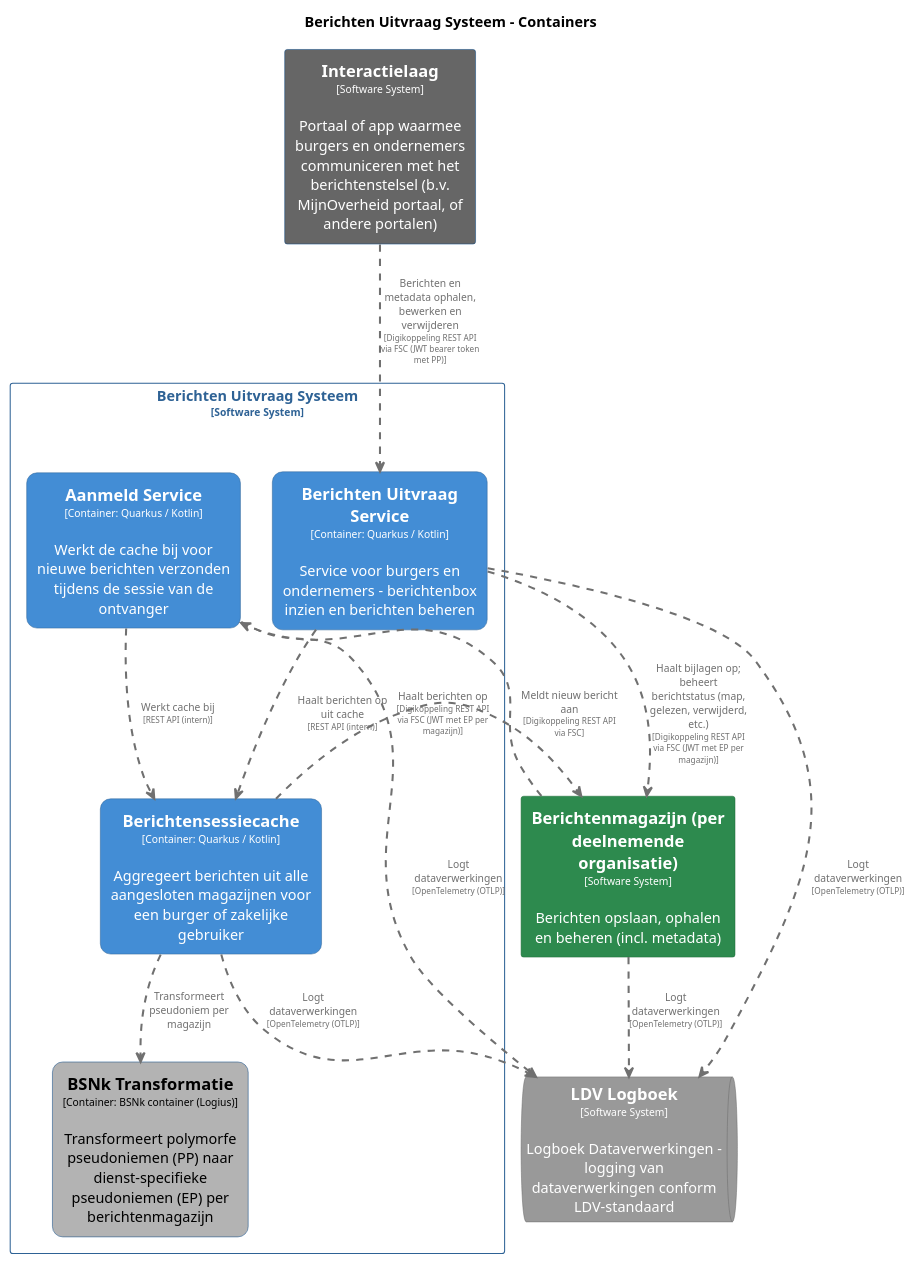
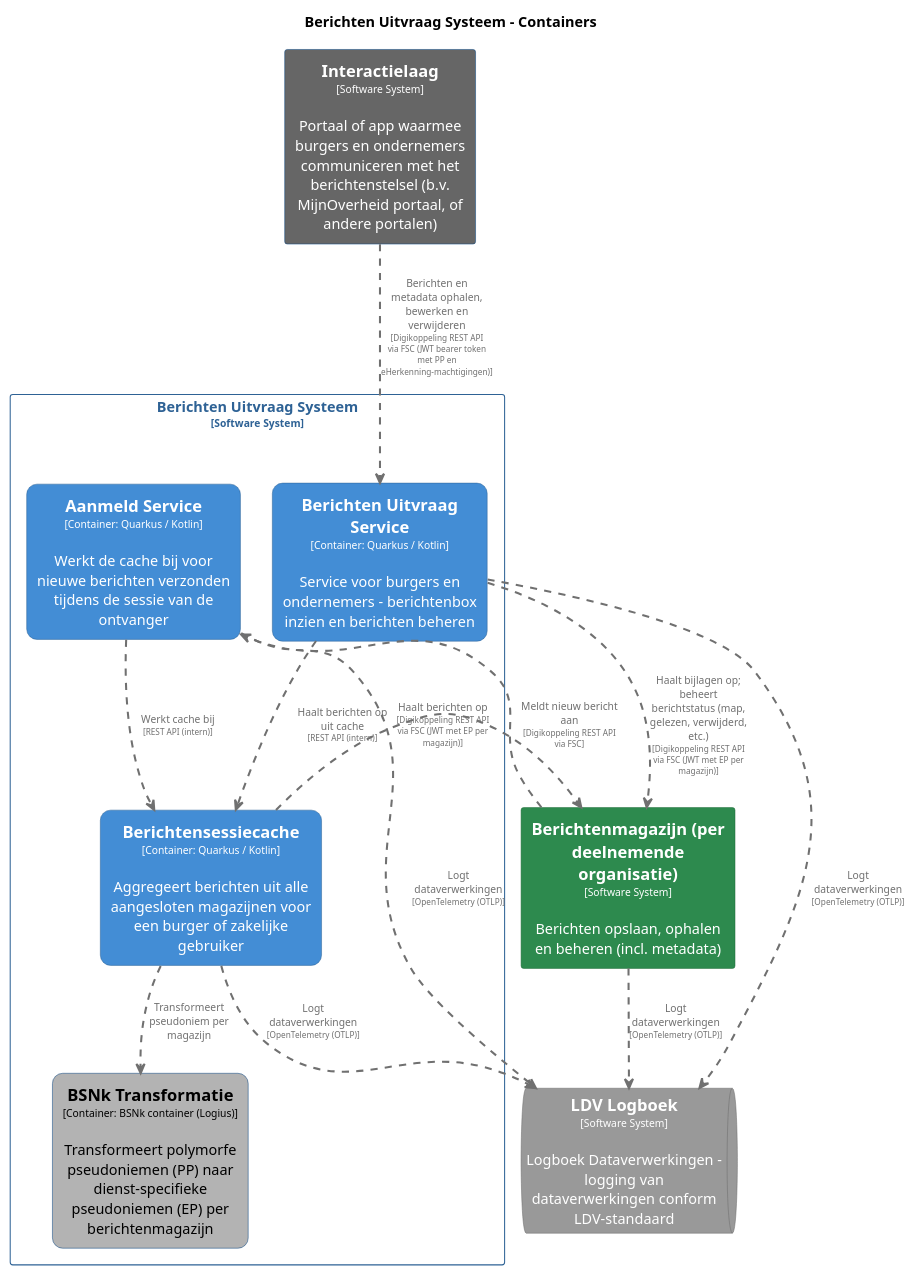
Before and after one commit to MinBZK/moza-poc-fbs-berichtenbox: the diagram in pr-preview/pr-22/master/puml/BerichtenUitvraagSysteemContainers.puml, drawn with PlantUML. The commit also changed 24 other files, not shown here.

```diff
--- a/pr-preview/pr-22/master/puml/BerichtenUitvraagSysteemContainers.puml
+++ b/pr-preview/pr-22/master/puml/BerichtenUitvraagSysteemContainers.puml
@@ -1,92 +1,92 @@
 @startuml
 set separator none
 title Berichten Uitvraag Systeem - Containers
 
 top to bottom direction
 skinparam ranksep 60
 skinparam nodesep 30
 
 skinparam {
   arrowFontSize 10
   defaultTextAlignment center
   wrapWidth 200
   maxMessageSize 100
 }
 
 hide stereotype
 
 skinparam rectangle<<BerichtenUitvraagSysteem.AanmeldService>> {
   BackgroundColor #438dd5
   FontColor #ffffff
   BorderColor #2e6295
   roundCorner 20
   shadowing false
 }
 skinparam rectangle<<BerichtenUitvraagSysteem.BSNkTransformatie>> {
   BackgroundColor #b3b3b3
   FontColor #000000
   BorderColor #0b4884
   roundCorner 20
   shadowing false
 }
 skinparam rectangle<<BerichtenUitvraagSysteem.BerichtenUitvraagService>> {
   BackgroundColor #438dd5
   FontColor #ffffff
   BorderColor #2e6295
   roundCorner 20
   shadowing false
 }
 skinparam rectangle<<Berichtenmagazijnperdeelnemendeorganisatie>> {
   BackgroundColor #2d8a4e
   FontColor #ffffff
   BorderColor #1e6b38
   shadowing false
 }
 skinparam rectangle<<BerichtenUitvraagSysteem.Berichtensessiecache>> {
   BackgroundColor #438dd5
   FontColor #ffffff
   BorderColor #2e6295
   roundCorner 20
   shadowing false
 }
 skinparam rectangle<<Interactielaag>> {
   BackgroundColor #666666
   FontColor #ffffff
   BorderColor #0b4884
   shadowing false
 }
 skinparam queue<<LDVLogboek>> {
   BackgroundColor #999999
   FontColor #ffffff
   BorderColor #6b6b6b
   shadowing false
 }
 skinparam rectangle<<BerichtenUitvraagSysteem>> {
   BorderColor #2e6295
   FontColor #2e6295
   shadowing false
 }
 
 rectangle "==Interactielaag\n<size:10>[Software System]</size>\n\nPortaal of app waarmee burgers en ondernemers communiceren met het berichtenstelsel (b.v. MijnOverheid portaal, of andere portalen)" <<Interactielaag>> as Interactielaag
 rectangle "==Berichtenmagazijn (per deelnemende organisatie)\n<size:10>[Software System]</size>\n\nBerichten opslaan, ophalen en beheren (incl. metadata)" <<Berichtenmagazijnperdeelnemendeorganisatie>> as Berichtenmagazijnperdeelnemendeorganisatie
 queue "==LDV Logboek\n<size:10>[Software System]</size>\n\nLogboek Dataverwerkingen - logging van dataverwerkingen conform LDV-standaard" <<LDVLogboek>> as LDVLogboek
 
 rectangle "Berichten Uitvraag Systeem\n<size:10>[Software System]</size>" <<BerichtenUitvraagSysteem>> {
   rectangle "==Berichtensessiecache\n<size:10>[Container: Quarkus / Kotlin]</size>\n\nAggregeert berichten uit alle aangesloten magazijnen voor een burger of zakelijke gebruiker" <<BerichtenUitvraagSysteem.Berichtensessiecache>> as BerichtenUitvraagSysteem.Berichtensessiecache
   rectangle "==Berichten Uitvraag Service\n<size:10>[Container: Quarkus / Kotlin]</size>\n\nService voor burgers en ondernemers - berichtenbox inzien en berichten beheren" <<BerichtenUitvraagSysteem.BerichtenUitvraagService>> as BerichtenUitvraagSysteem.BerichtenUitvraagService
   rectangle "==BSNk Transformatie\n<size:10>[Container: BSNk container (Logius)]</size>\n\nTransformeert polymorfe pseudoniemen (PP) naar dienst-specifieke pseudoniemen (EP) per berichtenmagazijn" <<BerichtenUitvraagSysteem.BSNkTransformatie>> as BerichtenUitvraagSysteem.BSNkTransformatie
   rectangle "==Aanmeld Service\n<size:10>[Container: Quarkus / Kotlin]</size>\n\nWerkt de cache bij voor nieuwe berichten verzonden tijdens de sessie van de ontvanger" <<BerichtenUitvraagSysteem.AanmeldService>> as BerichtenUitvraagSysteem.AanmeldService
 }
 
 BerichtenUitvraagSysteem.Berichtensessiecache .[#707070,thickness=2].> Berichtenmagazijnperdeelnemendeorganisatie : "<color:#707070>Haalt berichten op\n<color:#707070><size:8>[Digikoppeling REST API via FSC (JWT met EP per magazijn)]</size>"
 Berichtenmagazijnperdeelnemendeorganisatie .[#707070,thickness=2].> LDVLogboek : "<color:#707070>Logt dataverwerkingen\n<color:#707070><size:8>[OpenTelemetry (OTLP)]</size>"
 BerichtenUitvraagSysteem.Berichtensessiecache .[#707070,thickness=2].> LDVLogboek : "<color:#707070>Logt dataverwerkingen\n<color:#707070><size:8>[OpenTelemetry (OTLP)]</size>"
 BerichtenUitvraagSysteem.BerichtenUitvraagService .[#707070,thickness=2].> LDVLogboek : "<color:#707070>Logt dataverwerkingen\n<color:#707070><size:8>[OpenTelemetry (OTLP)]</size>"
 BerichtenUitvraagSysteem.AanmeldService .[#707070,thickness=2].> LDVLogboek : "<color:#707070>Logt dataverwerkingen\n<color:#707070><size:8>[OpenTelemetry (OTLP)]</size>"
 BerichtenUitvraagSysteem.Berichtensessiecache .[#707070,thickness=2].> BerichtenUitvraagSysteem.BSNkTransformatie : "<color:#707070>Transformeert pseudoniem per magazijn"
 BerichtenUitvraagSysteem.AanmeldService .[#707070,thickness=2].> BerichtenUitvraagSysteem.Berichtensessiecache : "<color:#707070>Werkt cache bij\n<color:#707070><size:8>[REST API (intern)]</size>"
 BerichtenUitvraagSysteem.BerichtenUitvraagService .[#707070,thickness=2].> BerichtenUitvraagSysteem.Berichtensessiecache : "<color:#707070>Haalt berichten op uit cache\n<color:#707070><size:8>[REST API (intern)]</size>"
-Interactielaag .[#707070,thickness=2].> BerichtenUitvraagSysteem.BerichtenUitvraagService : "<color:#707070>Berichten en metadata ophalen, bewerken en verwijderen\n<color:#707070><size:8>[Digikoppeling REST API via FSC (JWT bearer token met PP)]</size>"
+Interactielaag .[#707070,thickness=2].> BerichtenUitvraagSysteem.BerichtenUitvraagService : "<color:#707070>Berichten en metadata ophalen, bewerken en verwijderen\n<color:#707070><size:8>[Digikoppeling REST API via FSC (JWT bearer token met PP en eHerkenning-machtigingen)]</size>"
 BerichtenUitvraagSysteem.BerichtenUitvraagService .[#707070,thickness=2].> Berichtenmagazijnperdeelnemendeorganisatie : "<color:#707070>Haalt bijlagen op; beheert berichtstatus (map, gelezen, verwijderd, etc.)\n<color:#707070><size:8>[Digikoppeling REST API via FSC (JWT met EP per magazijn)]</size>"
 Berichtenmagazijnperdeelnemendeorganisatie .[#707070,thickness=2].> BerichtenUitvraagSysteem.AanmeldService : "<color:#707070>Meldt nieuw bericht aan\n<color:#707070><size:8>[Digikoppeling REST API via FSC]</size>"
 @enduml
```
